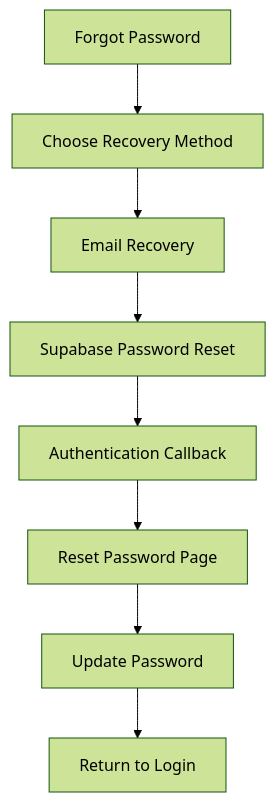
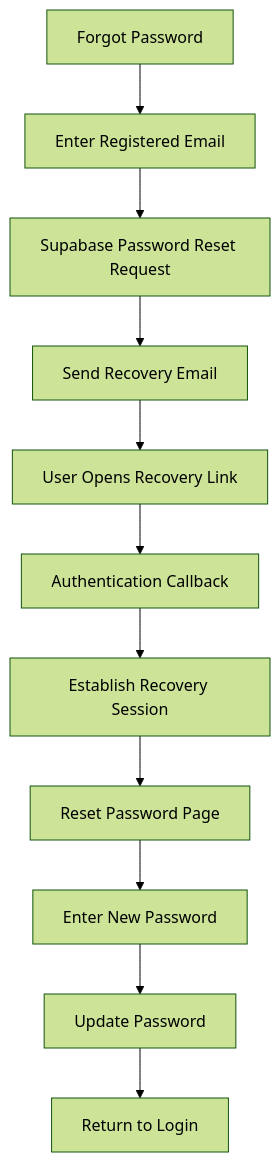
The fifth of 8 diagrams in README.md (imammularif/topupku), drawn with Mermaid (forest theme) before and after one commit. The commit also changed other lines of this file, not shown here.

````diff
--- a/README.md
+++ b/README.md
@@ -343,10 +388,13 @@
 ```mermaid
 flowchart TD
-    A["Forgot Password"] --> B["Choose Recovery Method"]
-    B --> C["Email Recovery"]
-    C --> D["Supabase Password Reset"]
-    D --> E["Authentication Callback"]
-    E --> F["Reset Password Page"]
-    F --> G["Update Password"]
-    G --> H["Return to Login"]
+    A["Forgot Password"] --> B["Enter Registered Email"]
+    B --> C["Supabase Password Reset Request"]
+    C --> D["Send Recovery Email"]
+    D --> E["User Opens Recovery Link"]
+    E --> F["Authentication Callback"]
+    F --> G["Establish Recovery Session"]
+    G --> H["Reset Password Page"]
+    H --> I["Enter New Password"]
+    I --> J["Update Password"]
+    J --> K["Return to Login"]
 ```
````
